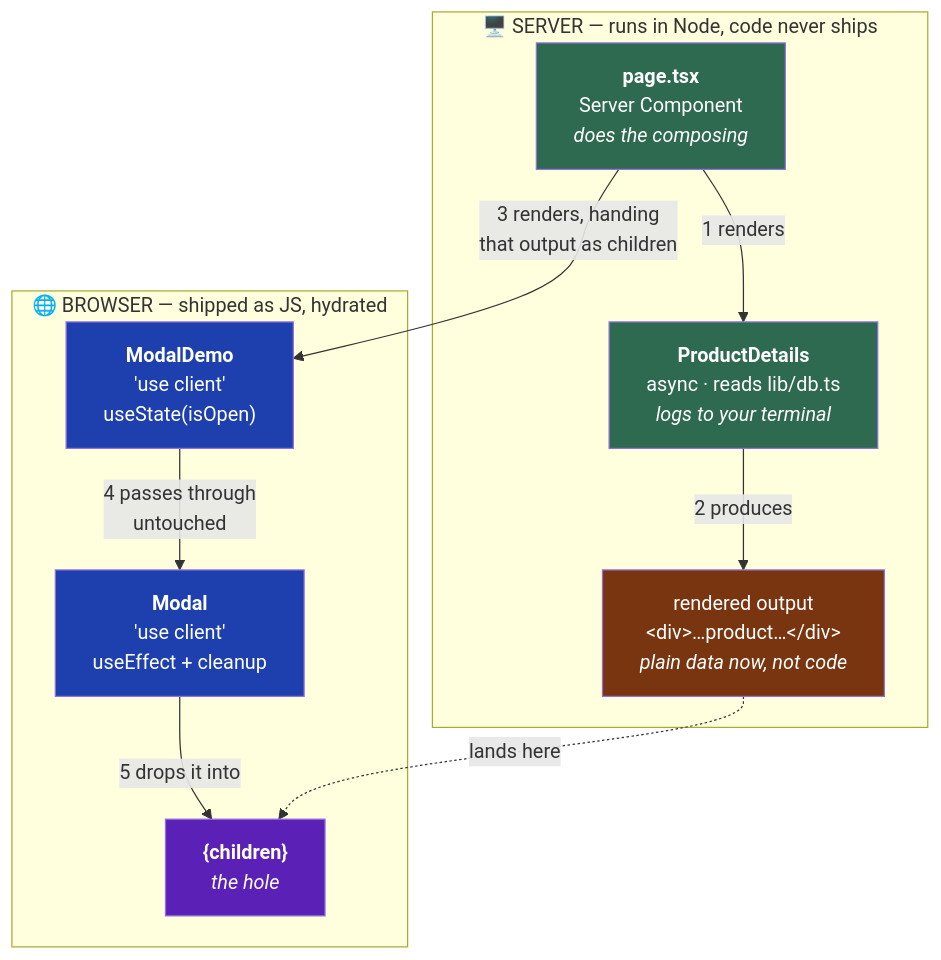
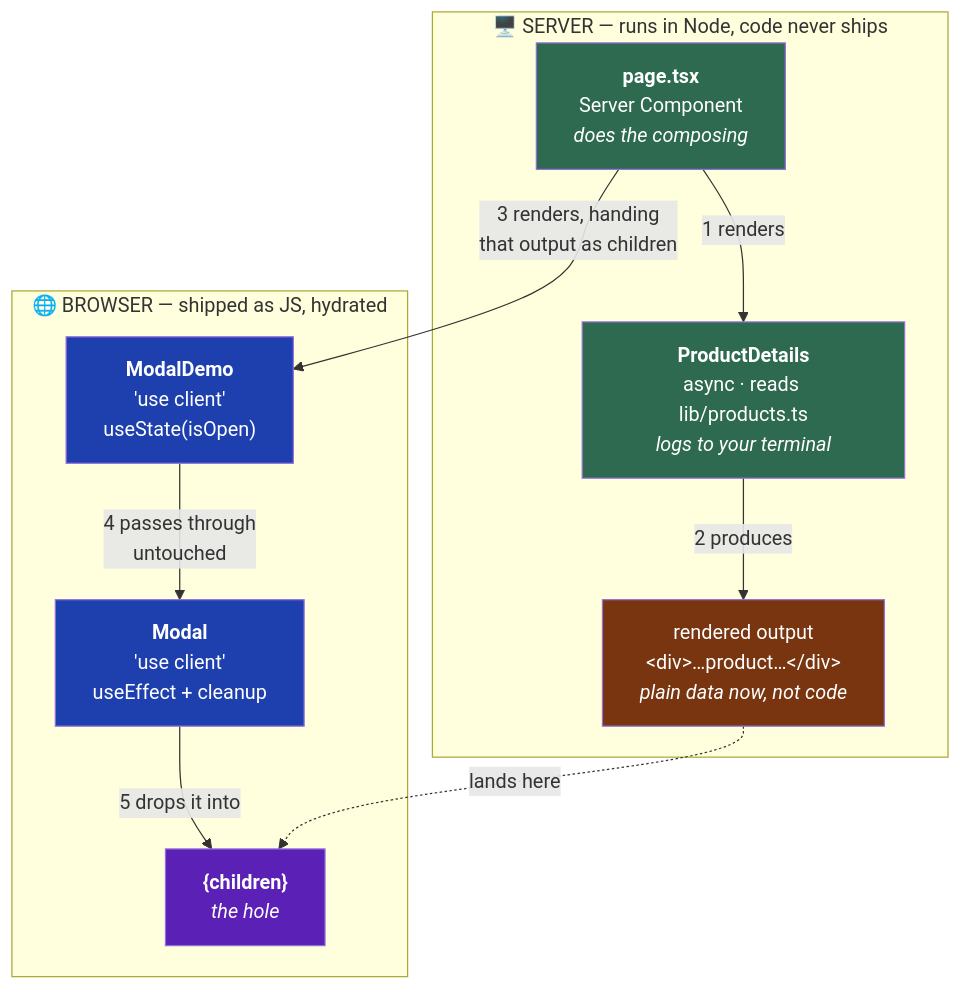
One commit to RVNethmina/JS-Practise changed the first of 4 diagrams in 04-NextJs/phases/04-client-components.md. Above: the diagram before and after it, drawn with Mermaid. The commit also changed 38 other files, not shown here.

````diff
--- a/04-NextJs/phases/04-client-components.md
+++ b/04-NextJs/phases/04-client-components.md
@@ -180,28 +180,28 @@
 ```mermaid
 graph TD
     subgraph SERVER["🖥️ SERVER — runs in Node, code never ships"]
         PAGE["<b>page.tsx</b><br/>Server Component<br/><i>does the composing</i>"]
-        PD["<b>ProductDetails</b><br/>async · reads lib/db.ts<br/><i>logs to your terminal</i>"]
+        PD["<b>ProductDetails</b><br/>async · reads lib/products.ts<br/><i>logs to your terminal</i>"]
         OUT["rendered output<br/>&lt;div&gt;…product…&lt;/div&gt;<br/><i>plain data now, not code</i>"]
     end
 
     subgraph BROWSER["🌐 BROWSER — shipped as JS, hydrated"]
         DEMO["<b>ModalDemo</b><br/>'use client'<br/>useState(isOpen)"]
         MODAL["<b>Modal</b><br/>'use client'<br/>useEffect + cleanup"]
         SLOT["<b>{children}</b><br/><i>the hole</i>"]
     end
 
     PAGE -->|"1 renders"| PD
     PD -->|"2 produces"| OUT
     PAGE -->|"3 renders, handing<br/>that output as children"| DEMO
     DEMO -->|"4 passes through<br/>untouched"| MODAL
     MODAL -->|"5 drops it into"| SLOT
     OUT -.->|"lands here"| SLOT
 
     style PAGE fill:#2d6a4f,color:#fff
     style PD fill:#2d6a4f,color:#fff
     style OUT fill:#78350f,color:#fff
     style DEMO fill:#1e40af,color:#fff
     style MODAL fill:#1e40af,color:#fff
     style SLOT fill:#5b21b6,color:#fff
 ```
````
